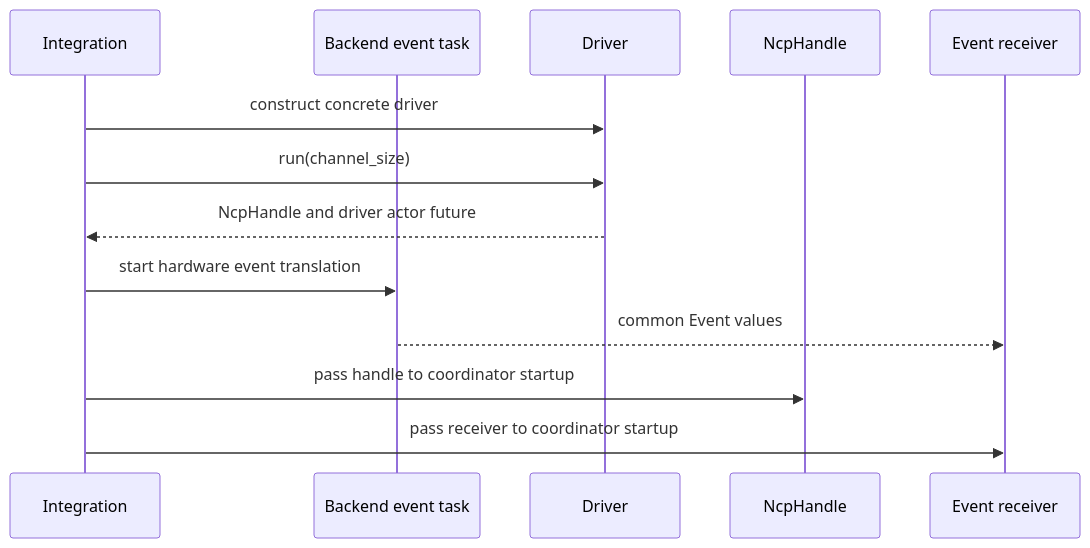
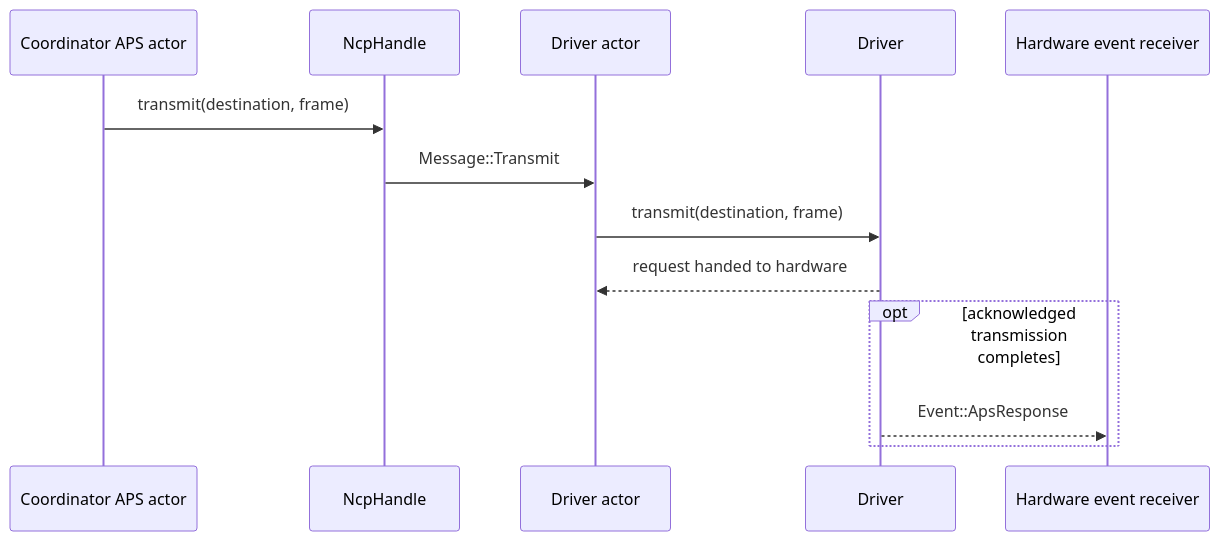
One commit to PaulmannLighting/apis-saltans changed the second of 3 diagrams in hw/ARCHITECTURE.md. Above: the diagram before and after it, drawn with Mermaid. The commit also changed other lines of this file and 37 other files, not shown here.

Commit message:
Implement APS transmission subsystem.

````diff
--- a/hw/ARCHITECTURE.md
+++ b/hw/ARCHITECTURE.md
@@ -145,16 +42,16 @@
 ```mermaid
 sequenceDiagram
-    participant I as Integration;
-    participant B as Backend event task;
-    participant D as Driver;
-    participant H as NcpHandle;
-    participant E as Event receiver;
+    participant APS as Coordinator APS actor
+    participant H as NcpHandle
+    participant A as Driver actor
+    participant D as Driver
+    participant E as Hardware event receiver
 
-    I->>D: construct concrete driver;
-    I->>D: run(channel_size);
-    D-->>I: NcpHandle and driver actor future;
-    I->>B: start hardware event translation;
-    B-->>E: common Event values;
-    I->>H: pass handle to coordinator startup;
-    I->>E: pass receiver to coordinator startup;
+    APS->>H: transmit(destination, frame)
+    H->>A: Message::Transmit
+    A->>D: transmit(destination, frame)
+    D-->>A: request handed to hardware
+    opt acknowledged transmission completes
+        D-->>E: Event::ApsResponse
+    end
 ```
````
